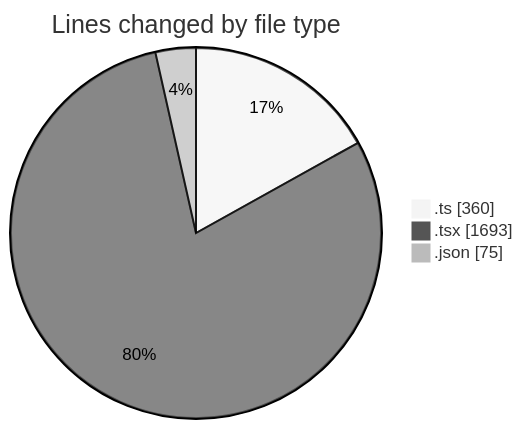
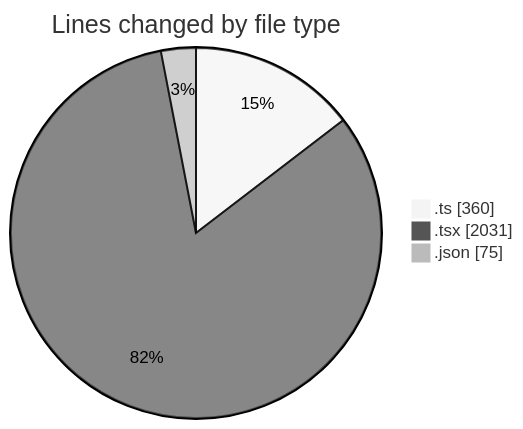
One commit to robertbonfada/code-tracking changed the first of 2 diagrams in 2025-01-27/termonied-web/README.md. Above: the diagram before and after it, drawn with Mermaid (neutral theme). The commit also changed other lines of this file and 1 other file, not shown here.

````diff
--- a/2025-01-27/termonied-web/README.md
+++ b/2025-01-27/termonied-web/README.md
@@ -27,7 +28,7 @@
 ```mermaid
 pie showData
 title Lines changed by file type
 ".ts" : 360
-".tsx" : 1693
+".tsx" : 2031
 ".json" : 75
 ```
````
